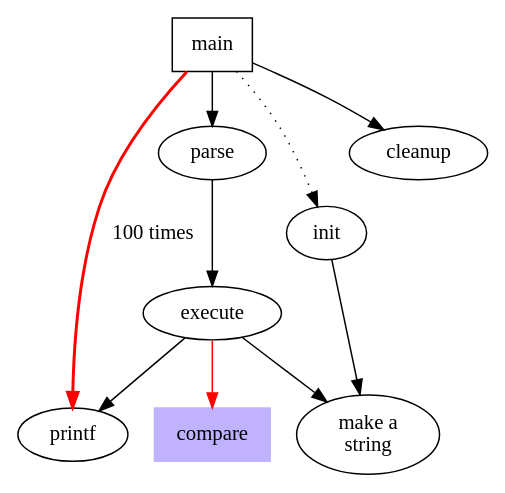
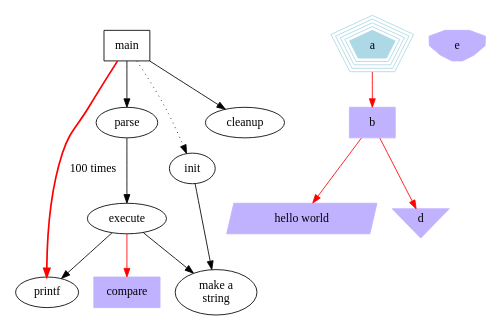
Before and after one commit to greatgauss/graphviz_script: the diagram in exam.dot, drawn with Graphviz.

Commit message:
Example of polygon shape

```diff
--- a/exam.dot
+++ b/exam.dot
@@ -1,15 +1,23 @@
 digraph G {
     size="4,4";
     main [shape=box]; /*注释*/
     main -> parse [weight=8];
     parse -> execute;
     main -> init [style=dotted];
     main -> cleanup;
     execute -> {make_string; printf}
     init -> make_string;
     edge [color=red];
     main -> printf [style=bold,label="100 times"];
     make_string [label="make a\nstring"];
     node [shape=box, style=filled, color=".7 .3 1.0"];
     execute -> compare;
+subgraph G {
+    a->b->c;
+    b->d;
+    a[shape=polygon,sides=5,peripheries=5,color=lightblue,style=filled];
+    c[shape=polygon,sides=4,skew=.1,label="hello world"];
+    d[shape=invtriangle];
+    e[shape=polygon,sides=10,distortion=.7];
 }
+}
```
